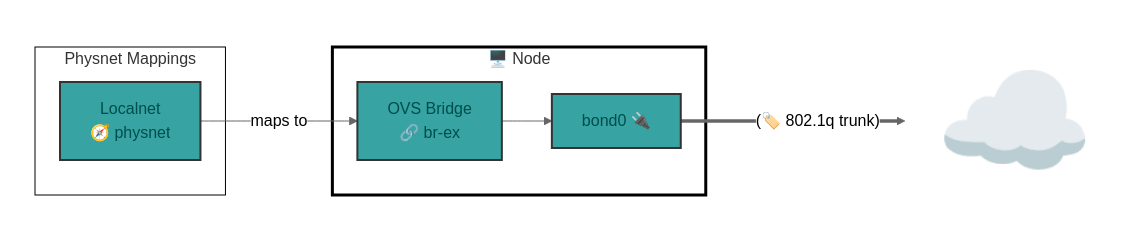
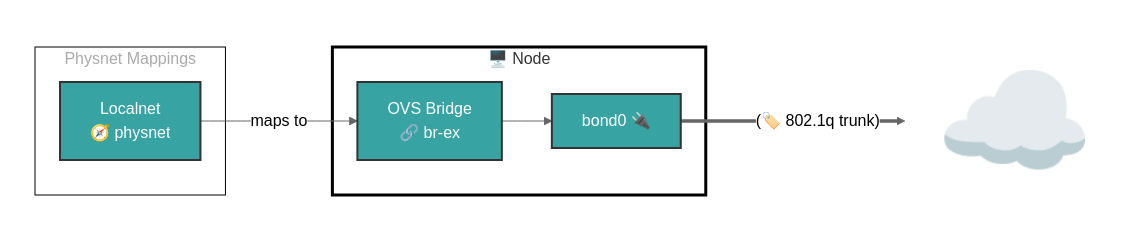
The first of 9 diagrams in README.md (dlbewley/demo-rhone-26), drawn with Mermaid (neutral theme) before and after one commit. The commit also changed other lines of this file, not shown here.

````diff
--- a/README.md
+++ b/README.md
@@ -28,31 +30,32 @@
 ```mermaid
 graph LR;
     subgraph Cluster[" "]
       subgraph Localnets["Physnet Mappings"]
         physnet-ex[Localnet<br> 🧭 physnet]
       end
 
       subgraph node1["🖥️ Node "]
         br-ex[ OVS Bridge<br> 🔗 br-ex]
         node1-bond0[bond0 🔌]
       end
     end
 
     physnet-ex -- maps to --> br-ex
     br-ex --> node1-bond0
 
     Internet["☁️ "]:::Internet
     node1-bond0 ==(🏷️ 802.1q trunk)==> Internet
 
     classDef node-eth fill:#37A3A3,color:#00f,stroke:#333,stroke-width:2px
 
-    classDef bond0 fill:#37A3A3,color:#004d4d,stroke:#333,stroke-width:2px
+    classDef xbond0 fill:#37A3A3,color:#004d4d,stroke:#333,stroke-width:2px
+    classDef bond0 fill:#37A3A3,color:#fff,stroke:#333,stroke-width:2px
     class br-ex,physnet-ex,node1-vlan-machine,node1-bond0 bond0
 
-    style Localnets fill:#fff,stroke:#000,stroke-width:1px
+    style Localnets fill:#fff,color:#aaa,stroke:#000,stroke-width:1px
     style Cluster color:#000,fill:#fff,stroke:#333,stroke-width:0px
     style Internet fill:none,stroke-width:0px,font-size:+2em
 
     classDef nodes fill:#fff,stroke:#000,stroke-width:3px
     class node1,node2,node3 nodes
 ```
````
